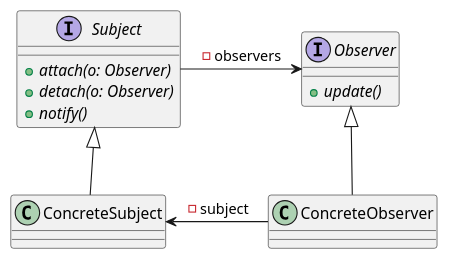
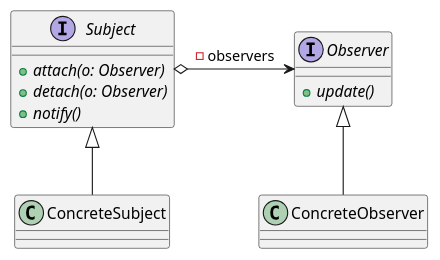
Before and after one commit to Framins/design-pattern-notes: the diagram in behavioral-patterns/observer.md, drawn with PlantUML. The commit also changed other lines of this file, not shown here.

````diff
--- a/behavioral-patterns/observer.md
+++ b/behavioral-patterns/observer.md
@@ -167,18 +167,19 @@
-```uml
+```plantuml
+@startuml
 interface Subject {
   + {abstract} attach(o: Observer)
   + {abstract} detach(o: Observer)
   + {abstract} notify()
 }
 interface Observer {
   + {abstract} update()
 }
 
 class ConcreteSubject
 class ConcreteObserver
 
-Subject -> Observer : - observers
+Subject o-> Observer : - observers
 Subject <|-- ConcreteSubject
 Observer <|-- ConcreteObserver
-ConcreteSubject <- ConcreteObserver : - subject
+@enduml
 ```
````
